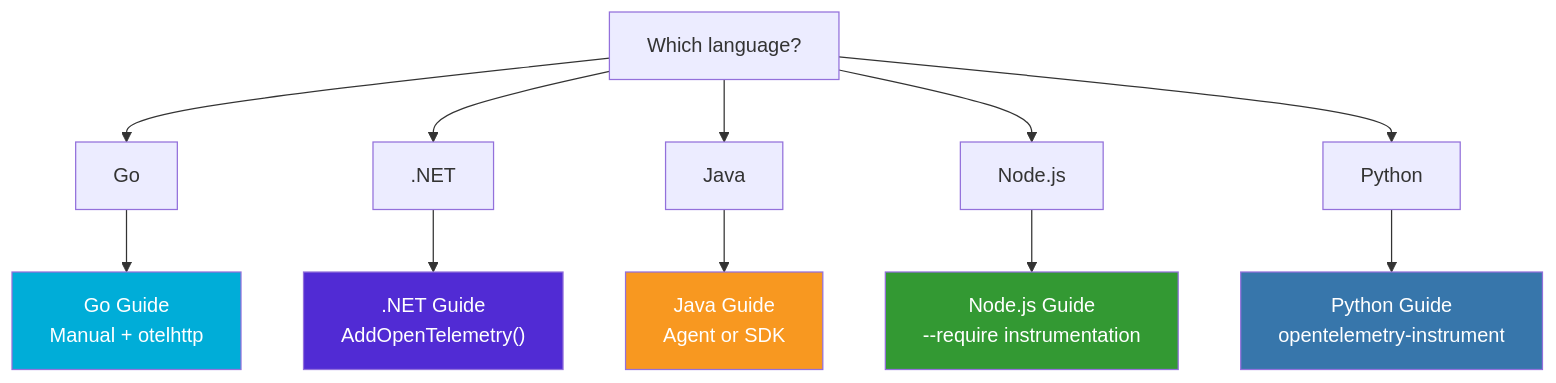
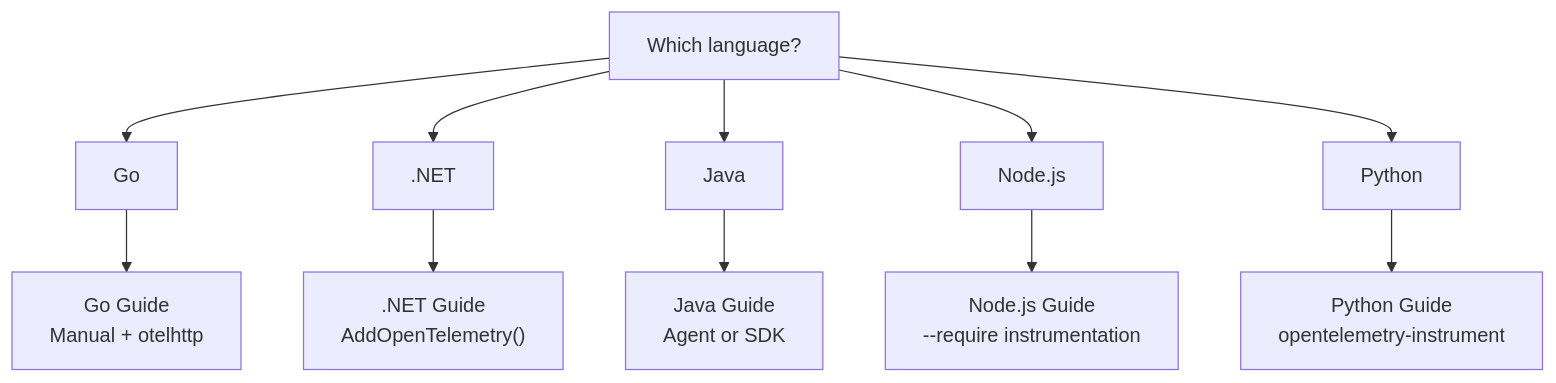
Before and after one commit to shivam-g-mishra/blog: the second of 2 diagrams in docs/observability/integrations/overview.md, drawn with Mermaid. The commit also changed other lines of this file and 23 other files, not shown here.

First line of the commit message:
fix: improve Mermaid diagram visibility in dark mode

````diff
--- a/docs/observability/integrations/overview.md
+++ b/docs/observability/integrations/overview.md
@@ -129,22 +126,16 @@
 ```mermaid
 flowchart TD
     start[Which language?]
     
     start --> go[Go]
     start --> dotnet[.NET]
     start --> java[Java]
     start --> node[Node.js]
     start --> python[Python]
     
     go --> goguide["Go Guide<br/>Manual + otelhttp"]
     dotnet --> dotnetguide[".NET Guide<br/>AddOpenTelemetry()"]
     java --> javaguide["Java Guide<br/>Agent or SDK"]
     node --> nodeguide["Node.js Guide<br/>--require instrumentation"]
     python --> pythonguide["Python Guide<br/>opentelemetry-instrument"]
-    
-    style goguide fill:#00add8,color:#fff
-    style dotnetguide fill:#512bd4,color:#fff
-    style javaguide fill:#f89820,color:#fff
-    style nodeguide fill:#339933,color:#fff
-    style pythonguide fill:#3776ab,color:#fff
 ```
````
